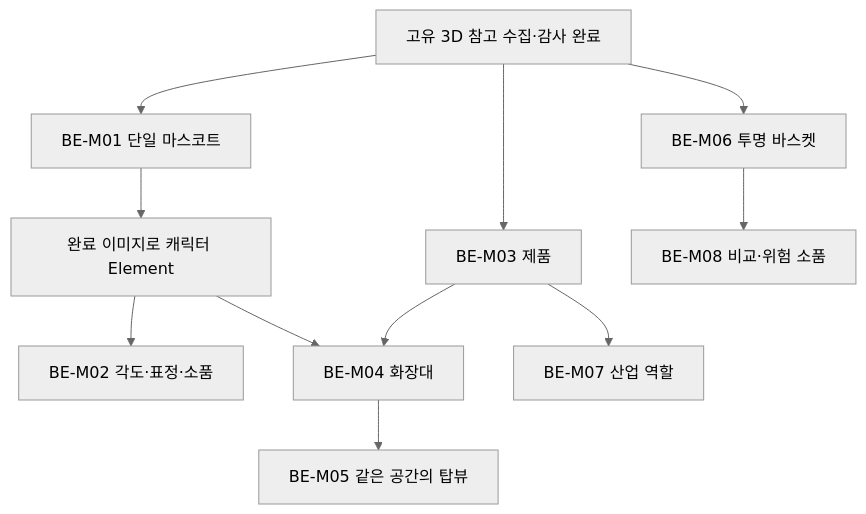
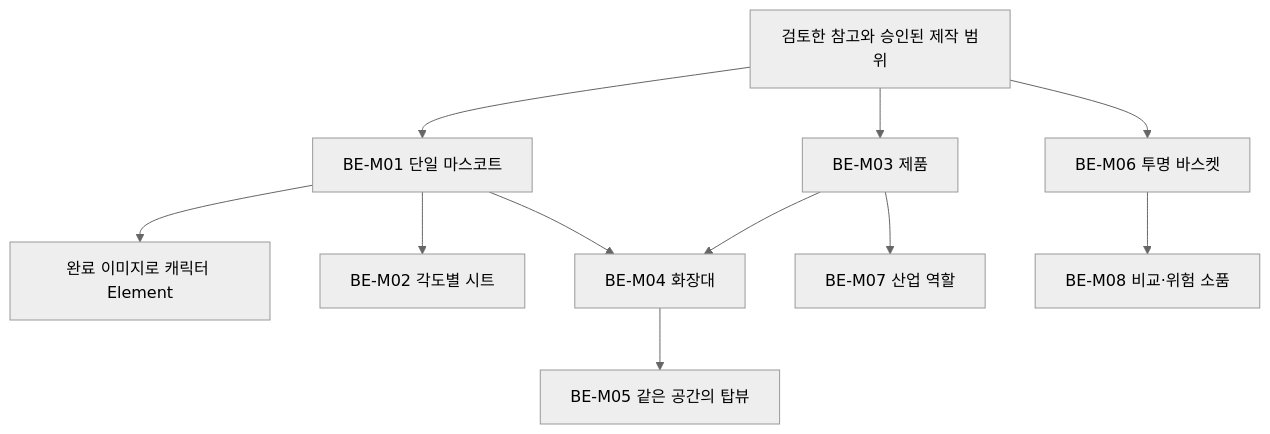
The diagram in docs/higgsfield-foundation.md (Insia88/3d-asset-video-maker-tool), drawn with Mermaid (neutral theme) before and after one commit. The commit also changed other lines of this file and 3 other files, not shown here.

````diff
--- a/docs/higgsfield-foundation.md
+++ b/docs/higgsfield-foundation.md
@@ -18,13 +18,13 @@
 ```mermaid
 flowchart TD
-  C[고유 3D 참고 수집·감사 완료] --> M1[BE-M01 단일 마스코트]
+  C[검토한 참고와 승인된 제작 범위] --> M1[BE-M01 단일 마스코트]
   M1 --> E[완료 이미지로 캐릭터 Element]
-  E --> M2[BE-M02 각도·표정·소품]
+  M1 --> M2[BE-M02 각도별 시트]
   C --> M3[BE-M03 제품]
-  E --> M4[BE-M04 화장대]
+  M1 --> M4[BE-M04 화장대]
   M3 --> M4
   M4 --> M5[BE-M05 같은 공간의 탑뷰]
   C --> M6[BE-M06 투명 바스켓]
   M3 --> M7[BE-M07 산업 역할]
   M6 --> M8[BE-M08 비교·위험 소품]
 ```
````
